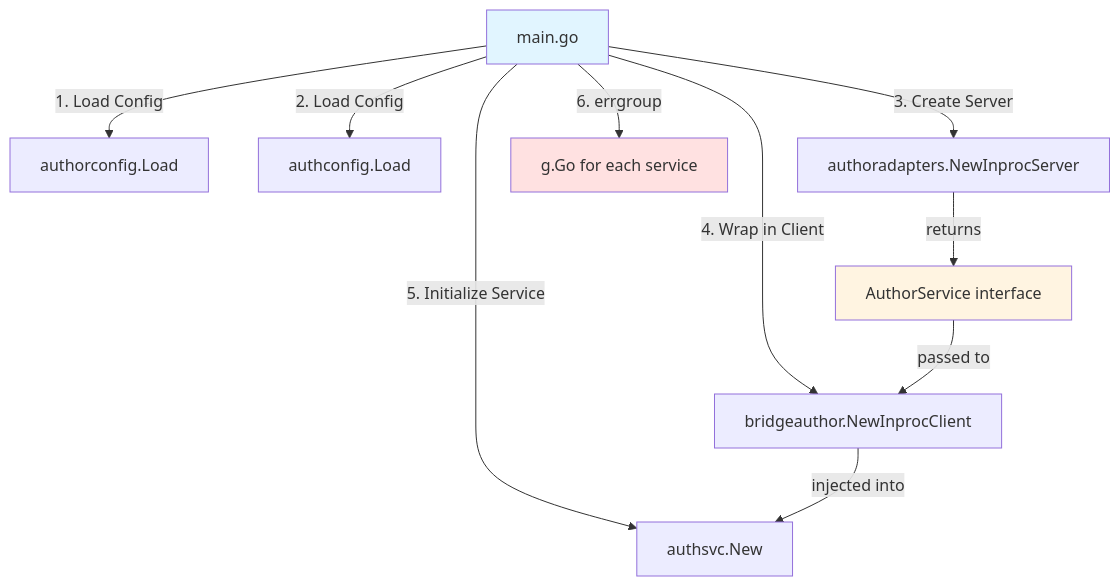
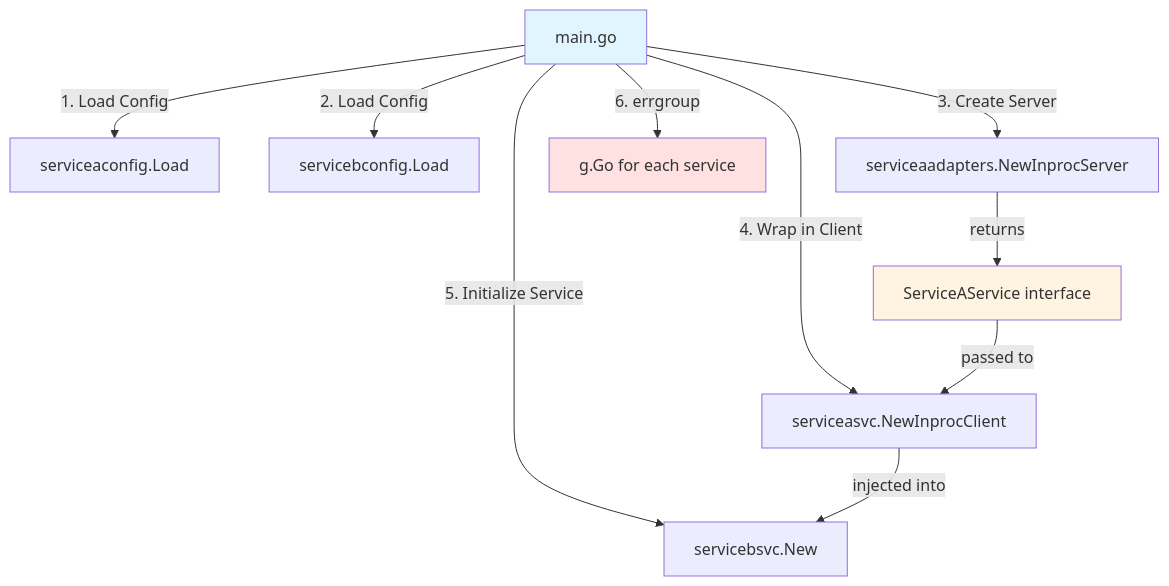
One commit to pivaldi/go-modular-monolith-white-paper changed the diagram in example-composition-root-managed-by-errgroup.md. Above: the diagram before and after it, drawn with Mermaid. The commit also changed other lines of this file and 20 other files, not shown here.

Commit message:
Bridge to Contract Definition Architecture Refactoring

````diff
--- a/example-composition-root-managed-by-errgroup.md
+++ b/example-composition-root-managed-by-errgroup.md
@@ -334,22 +334,22 @@
 ```mermaid
 graph TD
     Main[main.go]
 
-    Main -->|1. Load Config| AuthorCfg[authorconfig.Load]
-    Main -->|2. Load Config| AuthCfg[authconfig.Load]
+    Main -->|1. Load Config| AuthorCfg[serviceaconfig.Load]
+    Main -->|2. Load Config| AuthCfg[servicebconfig.Load]
 
-    Main -->|3. Create Server| AuthorServer[authoradapters.NewInprocServer]
-    AuthorServer -->|returns| AuthorIface[AuthorService interface]
+    Main -->|3. Create Server| AuthorServer[serviceaadapters.NewInprocServer]
+    AuthorServer -->|returns| AuthorIface[ServiceAService interface]
 
-    Main -->|4. Wrap in Client| AuthorClient[bridgeauthor.NewInprocClient]
+    Main -->|4. Wrap in Client| AuthorClient[serviceasvc.NewInprocClient]
     AuthorIface -->|passed to| AuthorClient
 
-    Main -->|5. Initialize Service| AuthService[authsvc.New]
+    Main -->|5. Initialize Service| AuthService[servicebsvc.New]
     AuthorClient -->|injected into| AuthService
 
     Main -->|6. errgroup| Supervisor[g.Go for each service]
 
     style Main fill:#e1f5ff
     style AuthorIface fill:#fff4e1
     style Supervisor fill:#ffe1e1
 ```
````
